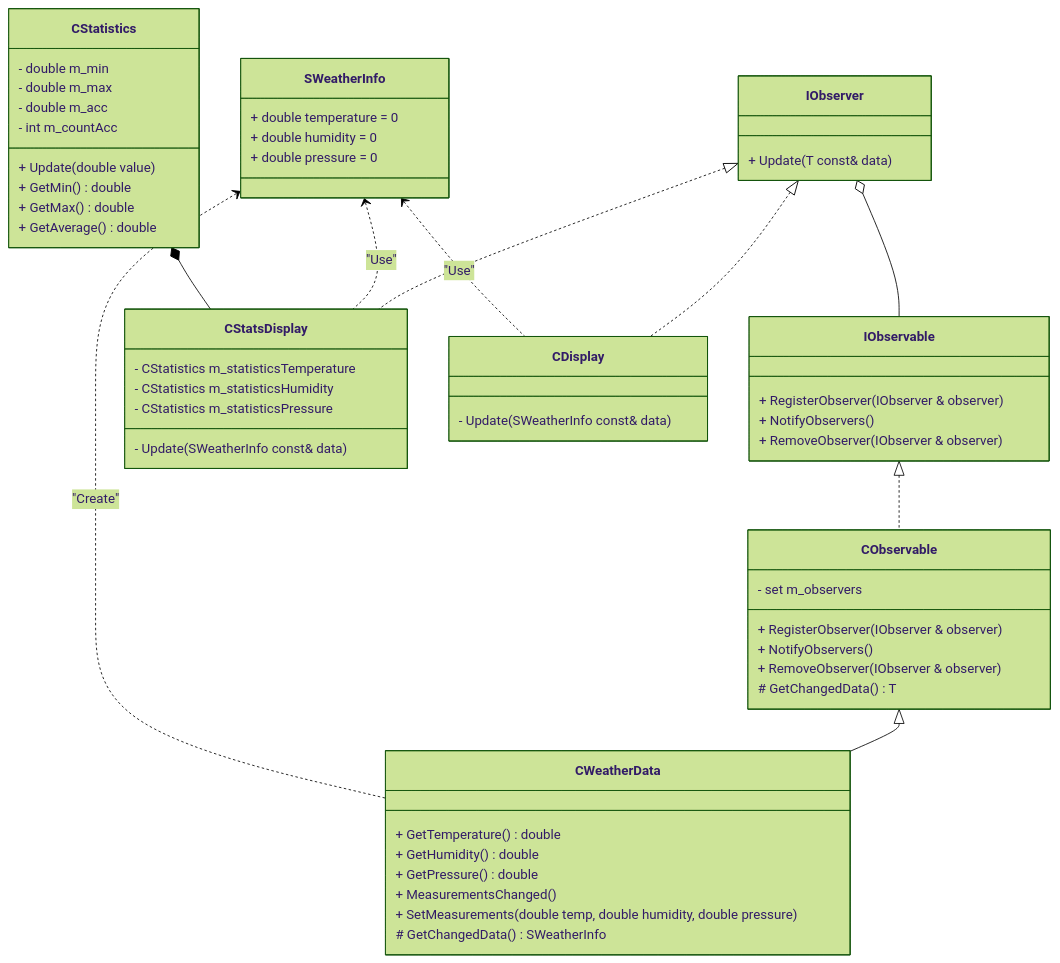
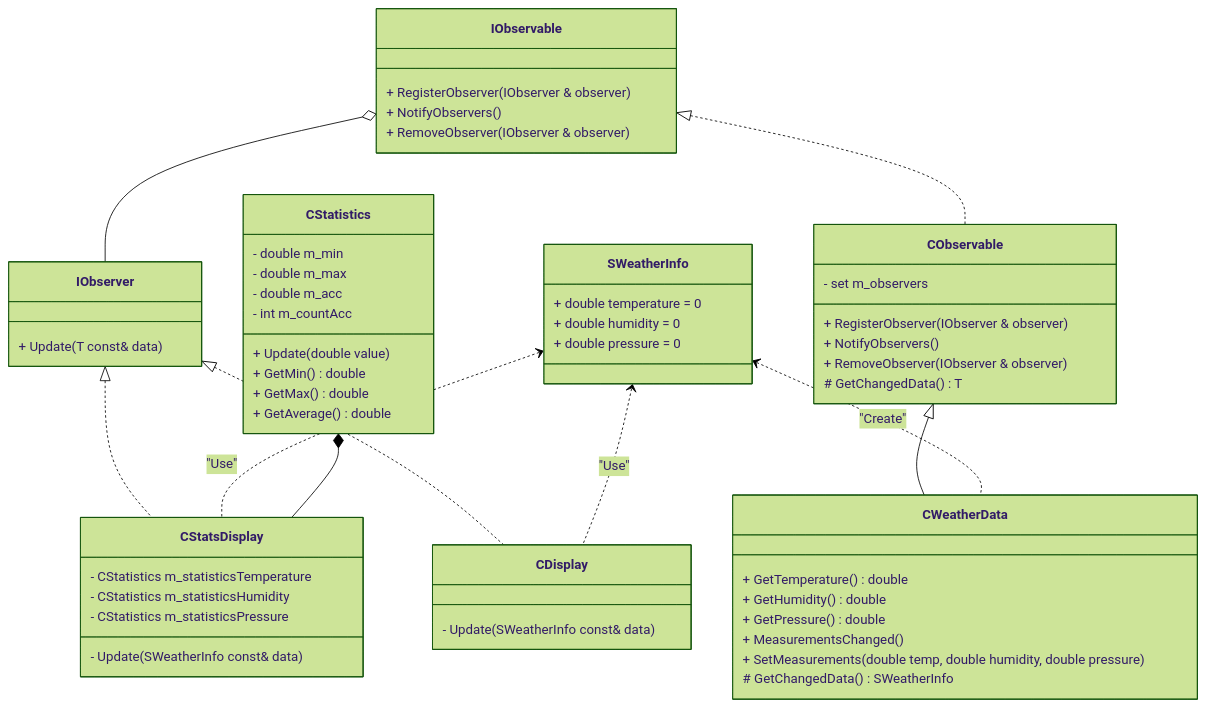
Before and after one commit to 555Jeka555/OOD-labs: the first of 3 diagrams in lab2/1/docs.md, drawn with Mermaid (forest theme). The commit also changed other lines of this file, not shown here.

````diff
--- a/lab2/1/docs.md
+++ b/lab2/1/docs.md
@@ -1,71 +1,71 @@
 ```mermaid
 classDiagram
-    IObserver o-- IObservable
+    IObservable o-- IObserver 
     IObservable <|.. CObservable 
 
     CObservable <|-- CWeatherData
     SWeatherInfo <.. CWeatherData : "Create"
 
     IObserver <|.. CStatsDisplay
     IObserver <|.. CDisplay
 
     SWeatherInfo <.. CStatsDisplay : "Use"
     SWeatherInfo <.. CDisplay : "Use"
 
     CStatistics *-- CStatsDisplay
 
     class IObserver {
         + Update(T const& data)
     }
 
     class IObservable {
         + RegisterObserver(IObserver<T> & observer)
         + NotifyObservers()
         + RemoveObserver(IObserver<T> & observer)
     }
 
     class CObservable {
         - set<ObserverType*> m_observers
         + RegisterObserver(IObserver<T> & observer)
         + NotifyObservers()
         + RemoveObserver(IObserver<T> & observer)
         # GetChangedData() T
     }
 
     class CWeatherData {
         + GetTemperature() double
         + GetHumidity() double
         + GetPressure() double
         + MeasurementsChanged()
         + SetMeasurements(double temp, double humidity, double pressure)
         # GetChangedData() SWeatherInfo
     }
 
     class CDisplay {
         - Update(SWeatherInfo const& data)
     }
 
     class CStatsDisplay {
         - Update(SWeatherInfo const& data)
         - CStatistics m_statisticsTemperature
         - CStatistics m_statisticsHumidity
         - CStatistics m_statisticsPressure
     }
 
     class CStatistics {
         + Update(double value)
         + GetMin() double
         + GetMax() double
         + GetAverage() double
         - double m_min
         - double m_max
         - double m_acc
         - int m_countAcc
     }
 
     class SWeatherInfo {
         + double temperature = 0
         + double humidity = 0
         + double pressure = 0
     }
 ```
````
